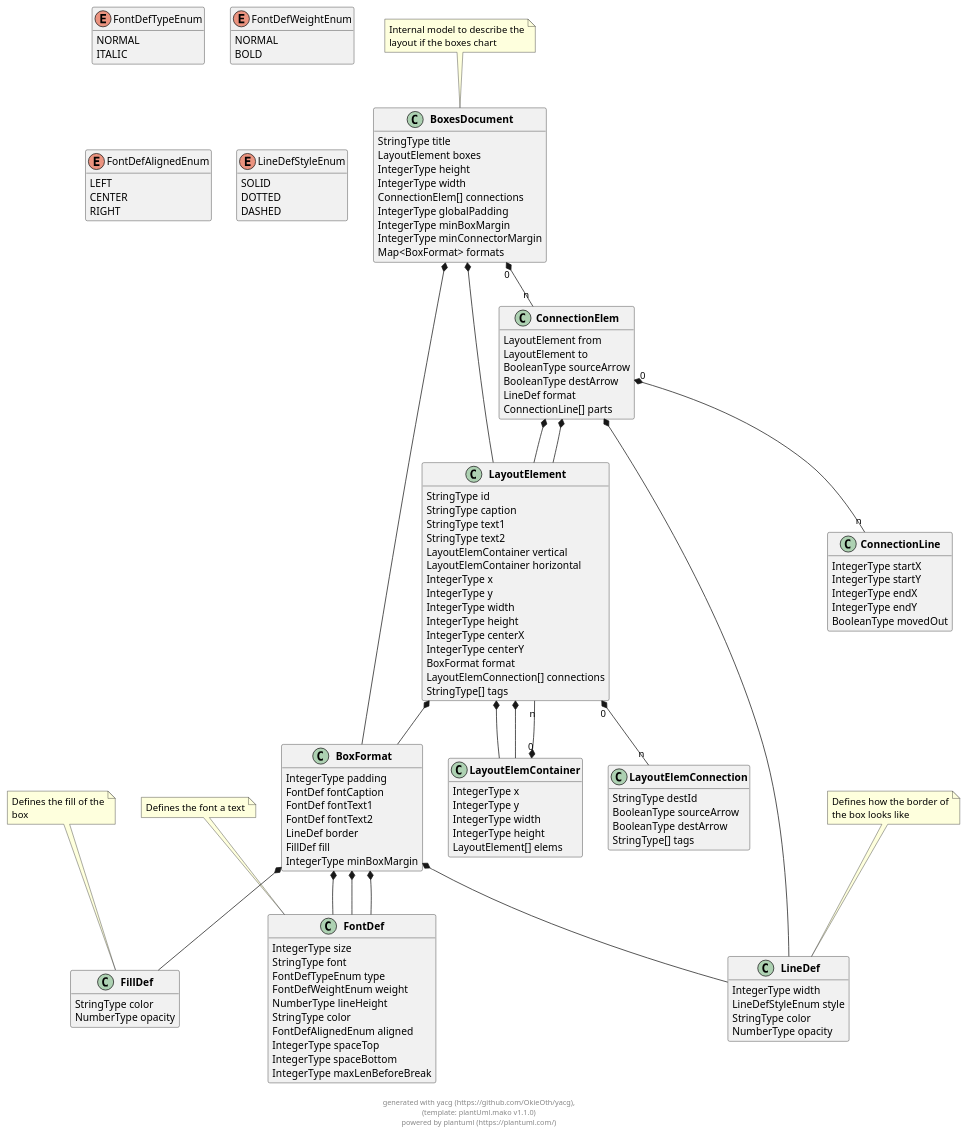
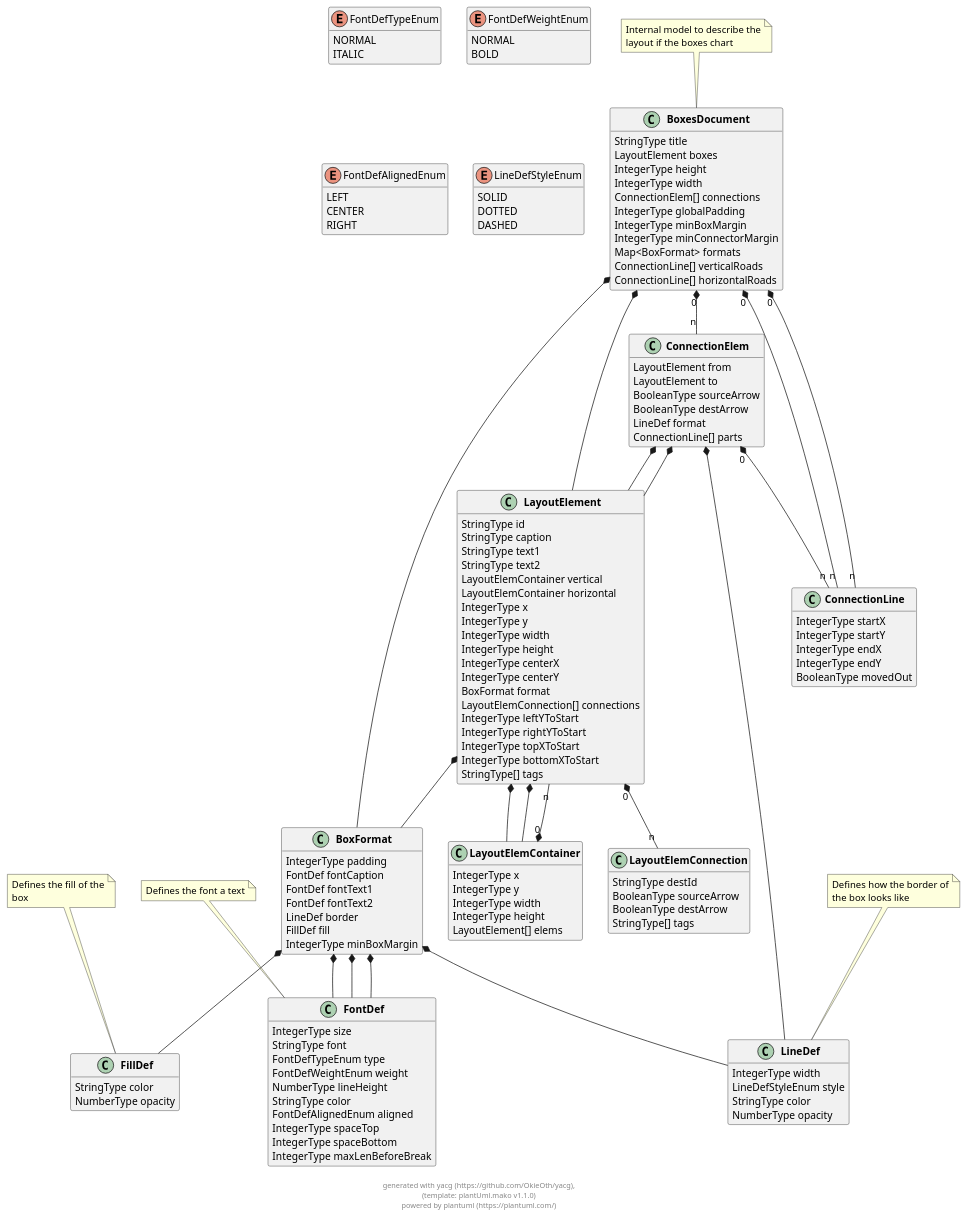
One commit to OkieOth/draw.chart.things changed the diagram in docs/models/puml/boxes_document.puml. Above: the diagram before and after it, drawn with PlantUML. The commit also changed 12 other files, not shown here.

```diff
--- a/docs/models/puml/boxes_document.puml
+++ b/docs/models/puml/boxes_document.puml
@@ -14,6 +14,8 @@
         IntegerType minBoxMargin
         IntegerType minConnectorMargin
         Map<BoxFormat> formats
+        ConnectionLine[] verticalRoads
+        ConnectionLine[] horizontalRoads
 }
 note top: Internal model to describe the\nlayout if the boxes chart
 
@@ -34,6 +36,10 @@
         IntegerType centerY
         BoxFormat format
         LayoutElemConnection[] connections
+        IntegerType leftYToStart
+        IntegerType rightYToStart
+        IntegerType topXToStart
+        IntegerType bottomXToStart
         StringType[] tags
 }
 
@@ -63,6 +69,16 @@
 
  
 
+class "**ConnectionLine**" as ConnectionLine {
+        IntegerType startX
+        IntegerType startY
+        IntegerType endX
+        IntegerType endY
+        BooleanType movedOut
+}
+
+ 
+
 class "**LayoutElemContainer**" as LayoutElemContainer {
         IntegerType x
         IntegerType y
@@ -78,16 +94,6 @@
         BooleanType sourceArrow
         BooleanType destArrow
         StringType[] tags
-}
-
- 
-
-class "**ConnectionLine**" as ConnectionLine {
-        IntegerType startX
-        IntegerType startY
-        IntegerType endX
-        IntegerType endY
-        BooleanType movedOut
 }
 
  
@@ -162,6 +168,10 @@
 
 BoxesDocument  *--  BoxFormat
 
+BoxesDocument "0" *-- "n" ConnectionLine
+
+BoxesDocument "0" *-- "n" ConnectionLine
+
     
 
 
@@ -180,6 +190,10 @@
 LayoutElement  *--  BoxFormat
 
 LayoutElement "0" *-- "n" LayoutElemConnection
+
+
+
+
 
 
     
@@ -212,15 +226,15 @@
 
 
 
-LayoutElemContainer "0" *-- "n" LayoutElement
 
     
 
 
 
 
+LayoutElemContainer "0" *-- "n" LayoutElement
+
     
-
 
 
 
```
